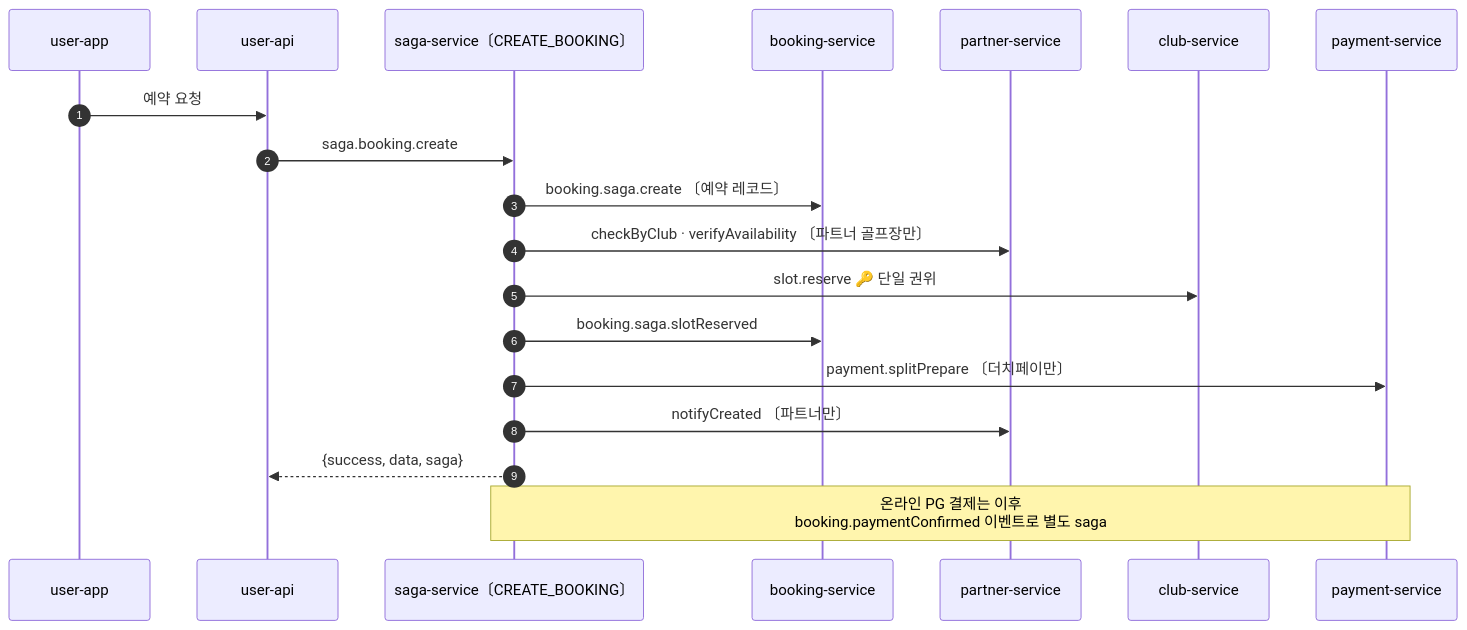
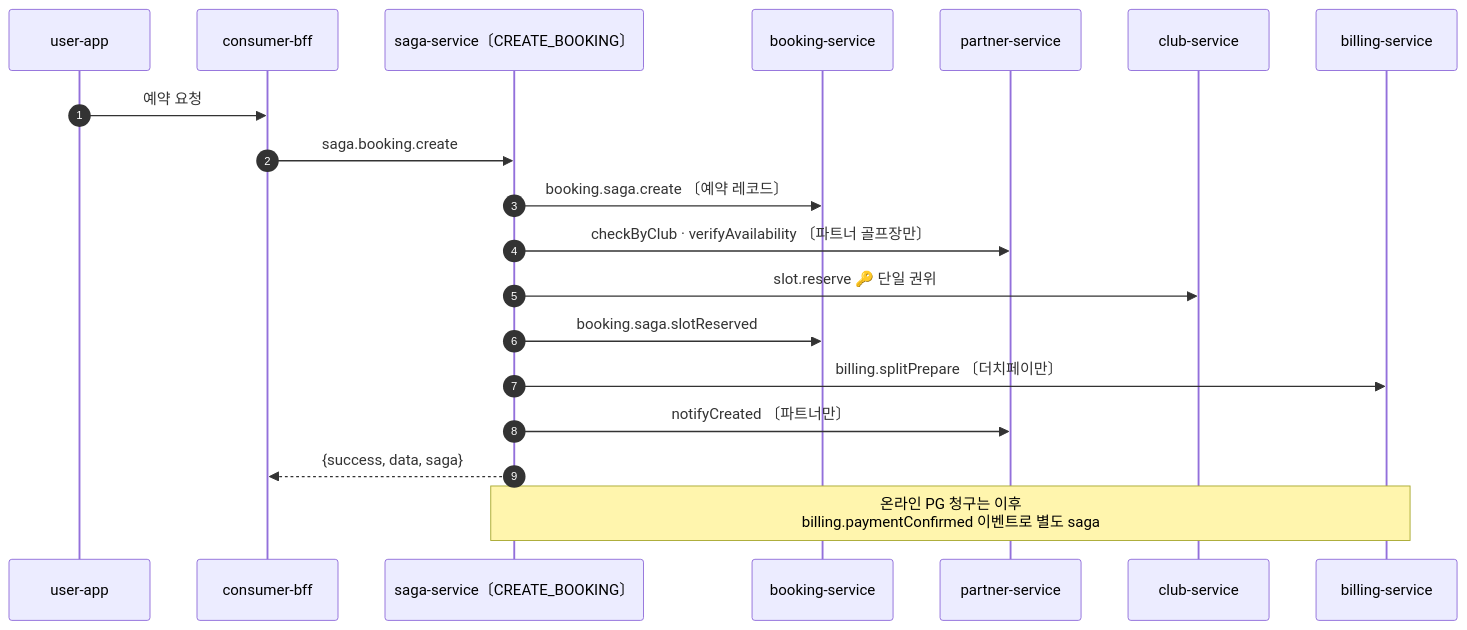
The sixth of 10 diagrams in docs/architecture/erp-booking-split.md (uniyous/parkgolf-platform), drawn with Mermaid before and after one commit. The commit also changed other lines of this file and 793 other files, not shown here.

First line of the commit message:
refactor(infra): 서비스 6종 리네임 — manager/marketplace/consumer/concierge/billing (UNI-91)

````diff
--- a/docs/architecture/erp-booking-split.md
+++ b/docs/architecture/erp-booking-split.md
@@ -222,22 +346,22 @@
 ```mermaid
 sequenceDiagram
     autonumber
     participant U as user-app
-    participant UAPI as user-api
+    participant CB as consumer-bff
     participant SG as saga-service〔CREATE_BOOKING〕
     participant BK as booking-service
     participant PT as partner-service
     participant CL as club-service
-    participant PY as payment-service
+    participant BL as billing-service
 
-    U->>UAPI: 예약 요청
-    UAPI->>SG: saga.booking.create
+    U->>CB: 예약 요청
+    CB->>SG: saga.booking.create
     SG->>BK: booking.saga.create 〔예약 레코드〕
     SG->>PT: checkByClub · verifyAvailability 〔파트너 골프장만〕
     SG->>CL: slot.reserve 🔑 단일 권위
     SG->>BK: booking.saga.slotReserved
-    SG->>PY: payment.splitPrepare 〔더치페이만〕
+    SG->>BL: billing.splitPrepare 〔더치페이만〕
     SG->>PT: notifyCreated 〔파트너만〕
-    SG-->>UAPI: {success, data, saga}
-    Note over PY,SG: 온라인 PG 결제는 이후<br/>booking.paymentConfirmed 이벤트로 별도 saga
+    SG-->>CB: {success, data, saga}
+    Note over BL,SG: 온라인 PG 청구는 이후<br/>billing.paymentConfirmed 이벤트로 별도 saga
 ```
````
